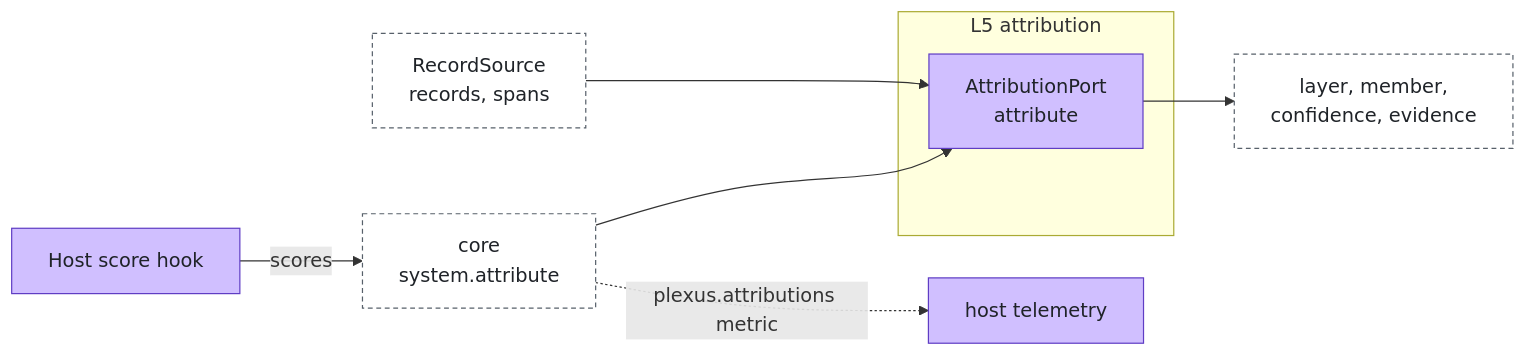
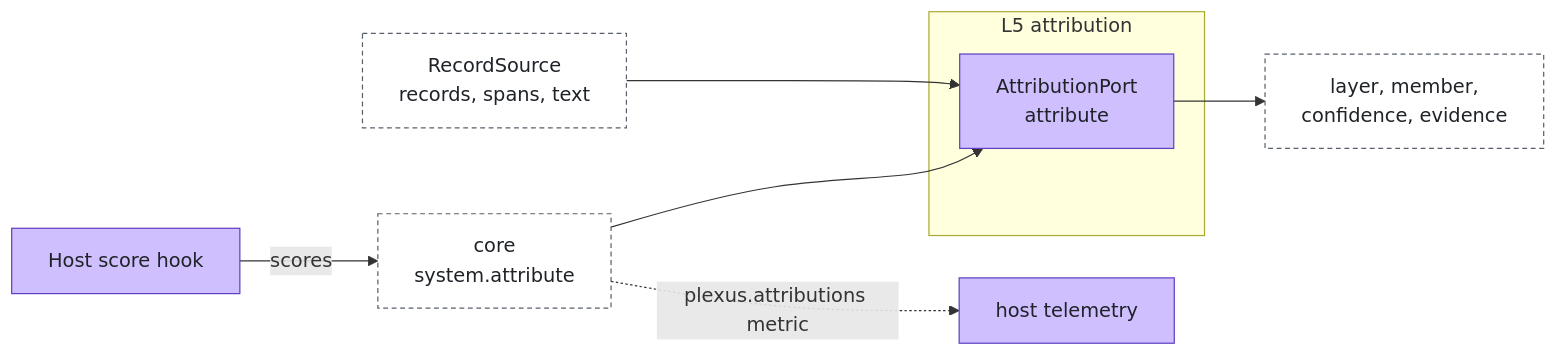
One commit to aantenore/agent-plexus changed the diagram in docs/layers/attribution.md. Above: the diagram before and after it, drawn with Mermaid. The commit also changed other lines of this file and 11 other files, not shown here.

````diff
--- a/docs/layers/attribution.md
+++ b/docs/layers/attribution.md
@@ -28,13 +29,13 @@
 ```mermaid
 flowchart LR
   sys["core<br/>system.attribute"]:::external --> ap
   score["Host score hook"]:::insight -->|"scores"| sys
   subgraph sg["L5 attribution"]
     ap["AttributionPort<br/>attribute"]:::insight
   end
-  src["RecordSource<br/>records, spans"]:::external --> ap
+  src["RecordSource<br/>records, spans, text"]:::external --> ap
   ap --> out["layer, member,<br/>confidence, evidence"]:::external
   sys -.->|"plexus.attributions metric"| telemetry["host telemetry"]:::insight
   classDef insight fill:#d0bfff,stroke:#5f3dc4,color:#1f2328
   classDef external fill:#ffffff,stroke:#57606a,color:#1f2328,stroke-dasharray:4 3
 ```
````
